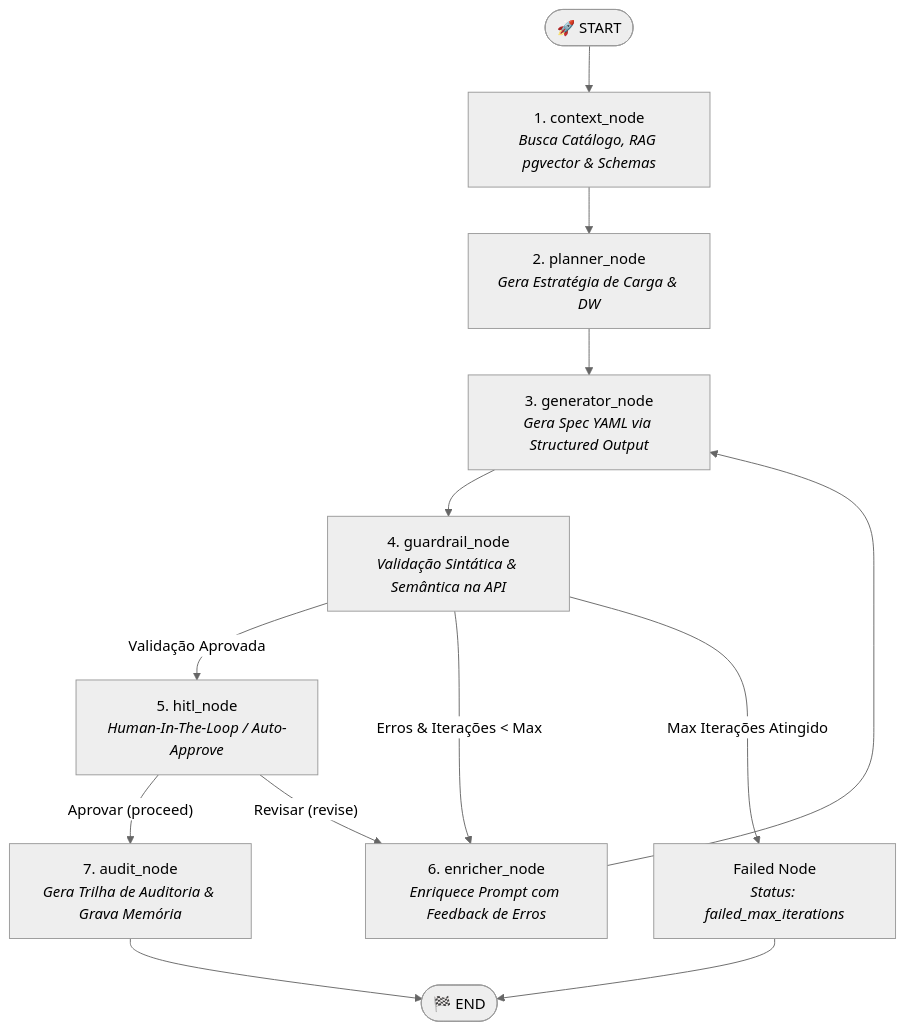
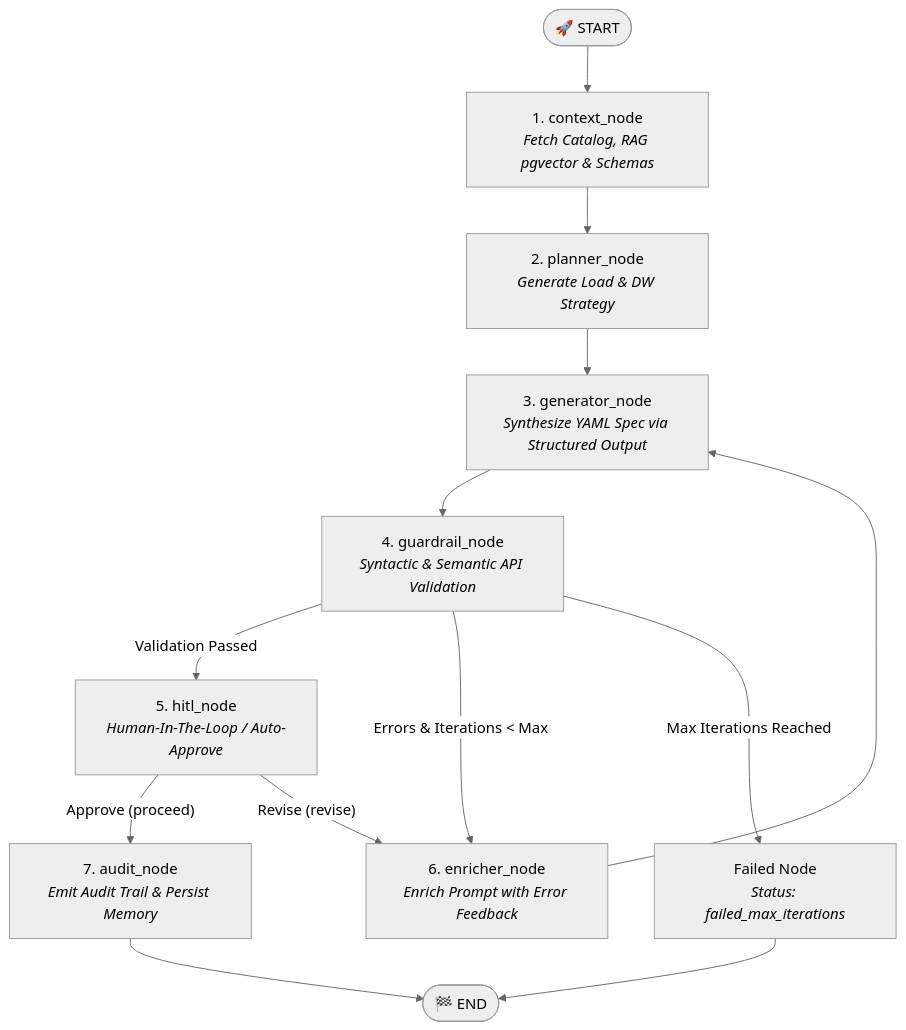
One commit to Melo-Anderson/pipeline-harness-ai changed the diagram in README.md. Above: the diagram before and after it, drawn with Mermaid (neutral theme). The commit also changed other lines of this file and 1 other file, not shown here.

Commit message:
docs: translate README, architecture specifications and documentation to English

````diff
--- a/README.md
+++ b/README.md
@@ -31,19 +31,19 @@
 ```mermaid
 graph TD
-    __start__([🚀 START]) --> context_node[1. context_node<br/><i>Busca Catálogo, RAG pgvector & Schemas</i>]
-    context_node --> planner_node[2. planner_node<br/><i>Gera Estratégia de Carga & DW</i>]
-    planner_node --> generator_node[3. generator_node<br/><i>Gera Spec YAML via Structured Output</i>]
-    generator_node --> guardrail_node[4. guardrail_node<br/><i>Validação Sintática & Semântica na API</i>]
+    __start__([🚀 START]) --> context_node[1. context_node<br/><i>Fetch Catalog, RAG pgvector & Schemas</i>]
+    context_node --> planner_node[2. planner_node<br/><i>Generate Load & DW Strategy</i>]
+    planner_node --> generator_node[3. generator_node<br/><i>Synthesize YAML Spec via Structured Output</i>]
+    generator_node --> guardrail_node[4. guardrail_node<br/><i>Syntactic & Semantic API Validation</i>]
     
-    guardrail_node -- Validação Aprovada --> hitl_node[5. hitl_node<br/><i>Human-In-The-Loop / Auto-Approve</i>]
-    guardrail_node -- Erros & Iterações < Max --> enricher_node[6. enricher_node<br/><i>Enriquece Prompt com Feedback de Erros</i>]
-    guardrail_node -- Max Iterações Atingido --> failed_node[Failed Node<br/><i>Status: failed_max_iterations</i>]
+    guardrail_node -- Validation Passed --> hitl_node[5. hitl_node<br/><i>Human-In-The-Loop / Auto-Approve</i>]
+    guardrail_node -- Errors & Iterations < Max --> enricher_node[6. enricher_node<br/><i>Enrich Prompt with Error Feedback</i>]
+    guardrail_node -- Max Iterations Reached --> failed_node[Failed Node<br/><i>Status: failed_max_iterations</i>]
     
     enricher_node --> generator_node
     
-    hitl_node -- Aprovar (proceed) --> audit_node[7. audit_node<br/><i>Gera Trilha de Auditoria & Grava Memória</i>]
-    hitl_node -- Revisar (revise) --> enricher_node
+    hitl_node -- Approve (proceed) --> audit_node[7. audit_node<br/><i>Emit Audit Trail & Persist Memory</i>]
+    hitl_node -- Revise (revise) --> enricher_node
     
     audit_node --> __end__([🏁 END])
     failed_node --> __end__
 ```
````
